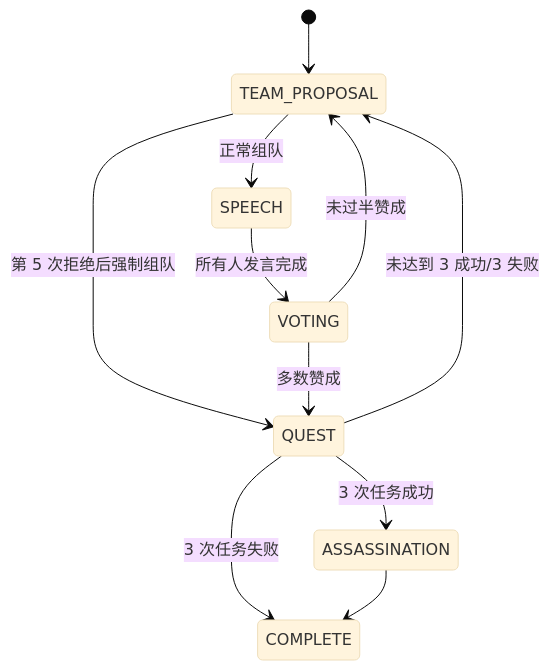
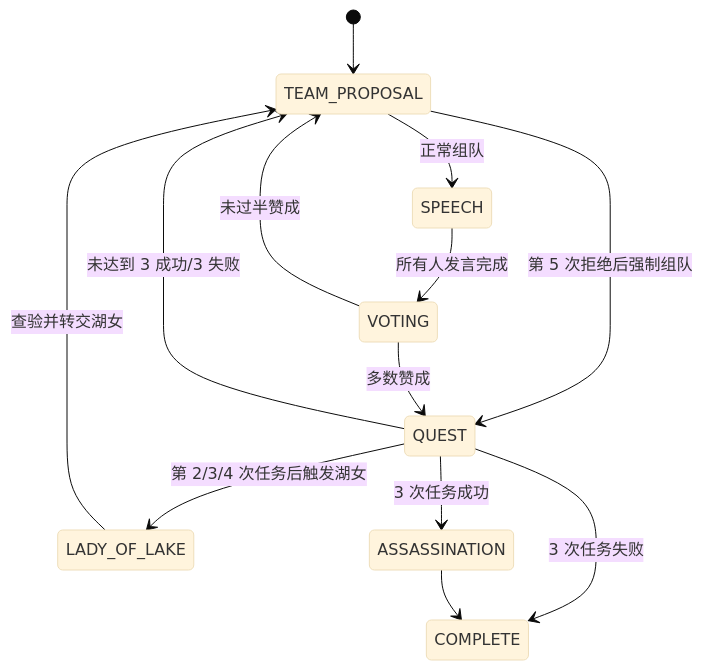
One commit to hzthzt/SoloAvalon changed the second of 3 diagrams in docs/architecture.md. Above: the diagram before and after it, drawn with Mermaid (base theme). The commit also changed other lines of this file and 31 other files, not shown here.

````diff
--- a/docs/architecture.md
+++ b/docs/architecture.md
@@ -135,13 +136,15 @@
 ```mermaid
 stateDiagram-v2
     [*] --> TEAM_PROPOSAL
     TEAM_PROPOSAL --> SPEECH: 正常组队
     TEAM_PROPOSAL --> QUEST: 第 5 次拒绝后强制组队
     SPEECH --> VOTING: 所有人发言完成
     VOTING --> QUEST: 多数赞成
     VOTING --> TEAM_PROPOSAL: 未过半赞成
     QUEST --> TEAM_PROPOSAL: 未达到 3 成功/3 失败
+    QUEST --> LADY_OF_LAKE: 第 2/3/4 次任务后触发湖女
+    LADY_OF_LAKE --> TEAM_PROPOSAL: 查验并转交湖女
     QUEST --> ASSASSINATION: 3 次任务成功
     QUEST --> COMPLETE: 3 次任务失败
     ASSASSINATION --> COMPLETE
 ```
````
